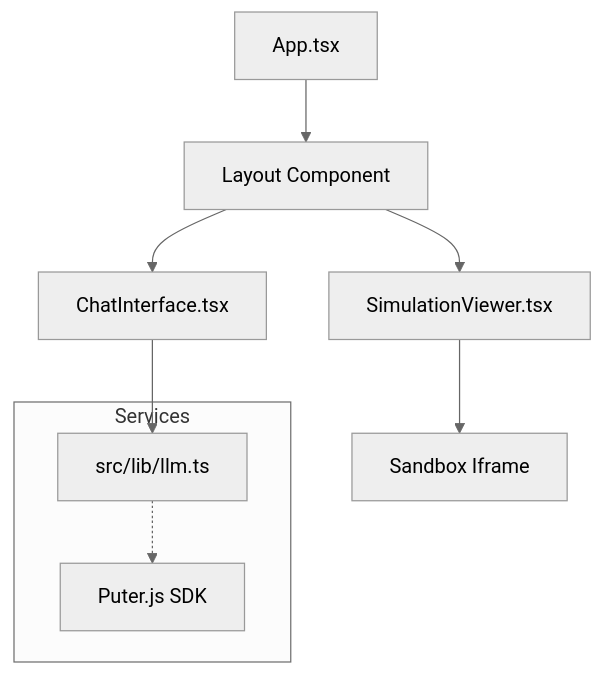
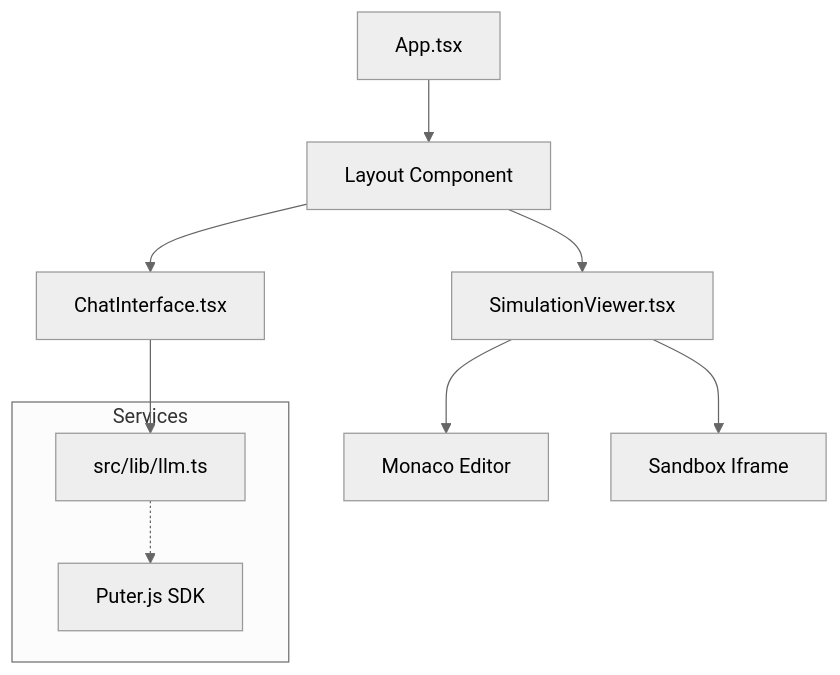
One commit to Zahwab/VizuLab-AI changed the diagram in DEVELOPER_GUIDE.md. Above: the diagram before and after it, drawn with Mermaid (neutral theme). The commit also changed other lines of this file and 11 other files, not shown here.

````diff
--- a/DEVELOPER_GUIDE.md
+++ b/DEVELOPER_GUIDE.md
@@ -32,12 +32,13 @@
 ```mermaid
 graph TD
     App[App.tsx] --> Layout[Layout Component]
     Layout --> Chat[ChatInterface.tsx]
     Layout --> Sim[SimulationViewer.tsx]
     Chat --> LLM[src/lib/llm.ts]
+    Sim --> Editor[Monaco Editor]
     Sim --> Iframe[Sandbox Iframe]
 
     subgraph Services
         LLM -.-> Puter[Puter.js SDK]
     end
 ```
````
